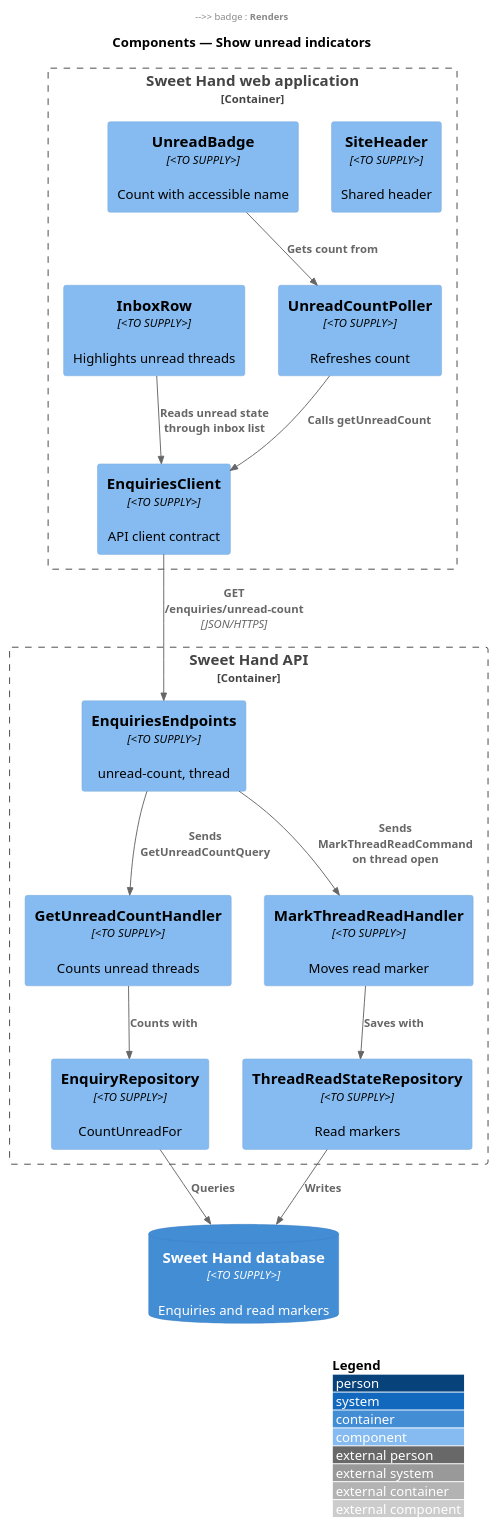
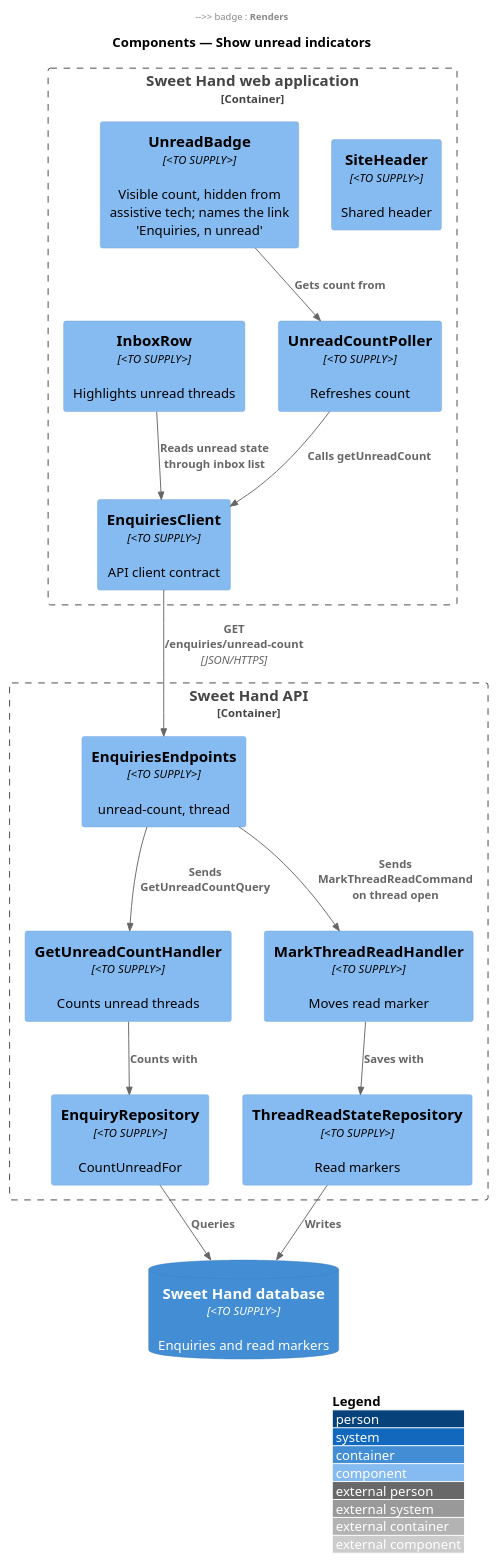
Before and after one commit to QuinntyneBrown/sweet-hand: the diagram in docs/detailed-designs/enquiries/show-unread-indicators/diagrams/c4-component.puml, drawn with PlantUML. The commit also changed 58 other files, not shown here.

```diff
--- a/docs/detailed-designs/enquiries/show-unread-indicators/diagrams/c4-component.puml
+++ b/docs/detailed-designs/enquiries/show-unread-indicators/diagrams/c4-component.puml
@@ -1,33 +1,33 @@
 @startuml
 !include <C4/C4_Component>
 LAYOUT_WITH_LEGEND()
 title Components — Show unread indicators
 
 Container_Boundary(web, "Sweet Hand web application") {
   Component(header, "SiteHeader", "<TO SUPPLY>", "Shared header")
-  Component(badge, "UnreadBadge", "<TO SUPPLY>", "Count with accessible name")
+  Component(badge, "UnreadBadge", "<TO SUPPLY>", "Visible count, hidden from assistive tech; names the link 'Enquiries, n unread'")
   Component(poller, "UnreadCountPoller", "<TO SUPPLY>", "Refreshes count")
   Component(row, "InboxRow", "<TO SUPPLY>", "Highlights unread threads")
   Component(client, "EnquiriesClient", "<TO SUPPLY>", "API client contract")
 }
 Container_Boundary(api, "Sweet Hand API") {
   Component(ep, "EnquiriesEndpoints", "<TO SUPPLY>", "unread-count, thread")
   Component(count, "GetUnreadCountHandler", "<TO SUPPLY>", "Counts unread threads")
   Component(mark, "MarkThreadReadHandler", "<TO SUPPLY>", "Moves read marker")
   Component(repo, "EnquiryRepository", "<TO SUPPLY>", "CountUnreadFor")
   Component(readrepo, "ThreadReadStateRepository", "<TO SUPPLY>", "Read markers")
 }
 ContainerDb(db, "Sweet Hand database", "<TO SUPPLY>", "Enquiries and read markers")
 
 Rel(header, badge, "Renders")
 Rel(badge, poller, "Gets count from")
 Rel(poller, client, "Calls getUnreadCount")
 Rel(client, ep, "GET /enquiries/unread-count", "JSON/HTTPS")
 Rel(ep, count, "Sends GetUnreadCountQuery")
 Rel(ep, mark, "Sends MarkThreadReadCommand on thread open")
 Rel(count, repo, "Counts with")
 Rel(mark, readrepo, "Saves with")
 Rel(repo, db, "Queries")
 Rel(readrepo, db, "Writes")
 Rel(row, client, "Reads unread state through inbox list")
 @enduml
```
